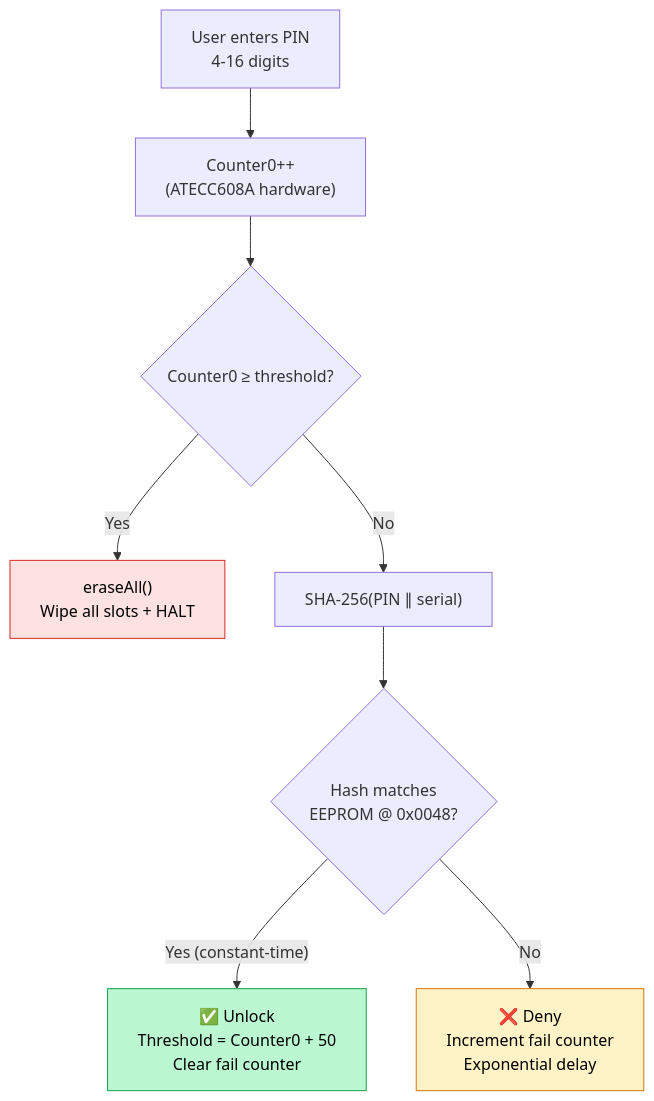
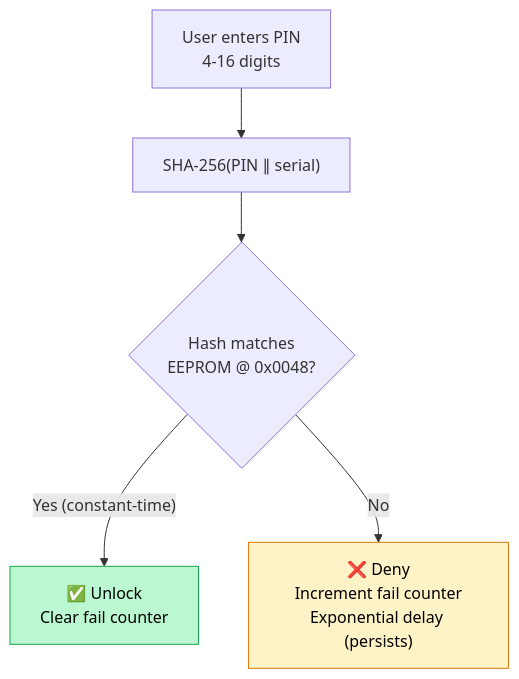
One commit to Depbit-lab/docsZerokeyUSB changed the second of 2 diagrams in firmware/security/index.mdx. Above: the diagram before and after it, drawn with Mermaid. The commit also changed other lines of this file and 13 other files, not shown here.

````diff
--- a/firmware/security/index.mdx
+++ b/firmware/security/index.mdx
@@ -119,14 +117,10 @@
 ```mermaid
 flowchart TD
-    A["User enters PIN\n4-16 digits"] --> B["Counter0++\n(ATECC608A hardware)"]
-    B --> C{"Counter0 ≥ threshold?"}
-    C -->|Yes| D["eraseAll()\nWipe all slots + HALT"]
-    C -->|No| E["SHA-256(PIN ∥ serial)"]
+    A["User enters PIN\n4-16 digits"] --> E["SHA-256(PIN ∥ serial)"]
     E --> F{"Hash matches\nEEPROM @ 0x0048?"}
-    F -->|"Yes (constant-time)"| G["✅ Unlock\nThreshold = Counter0 + 50\nClear fail counter"]
-    F -->|"No"| H["❌ Deny\nIncrement fail counter\nExponential delay"]
+    F -->|"Yes (constant-time)"| G["✅ Unlock\nClear fail counter"]
+    F -->|"No"| H["❌ Deny\nIncrement fail counter\nExponential delay (persists)"]
     
-    style D fill:#fee2e2,stroke:#dc2626,color:#000
     style G fill:#bbf7d0,stroke:#16a34a,color:#000
     style H fill:#fef3c7,stroke:#d97706,color:#000
 ```
````
